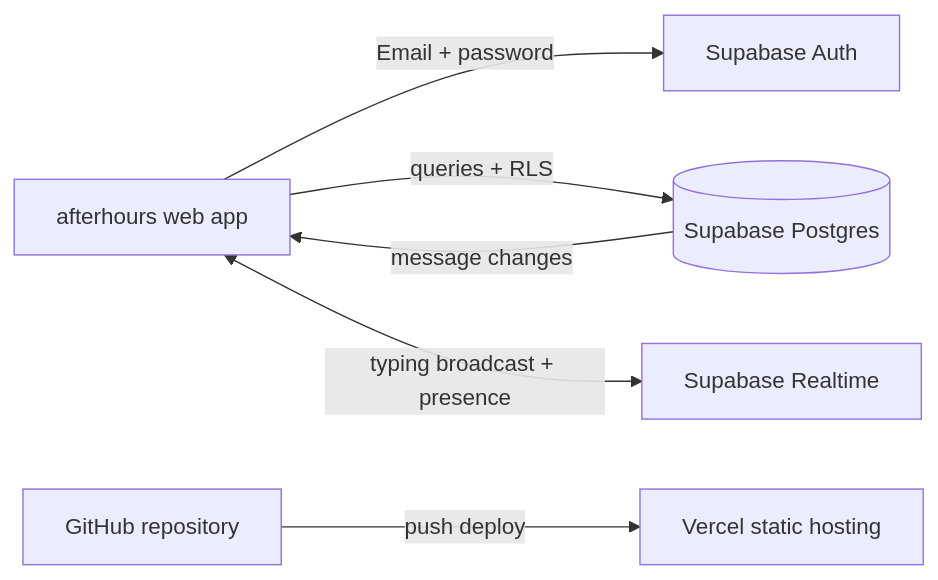
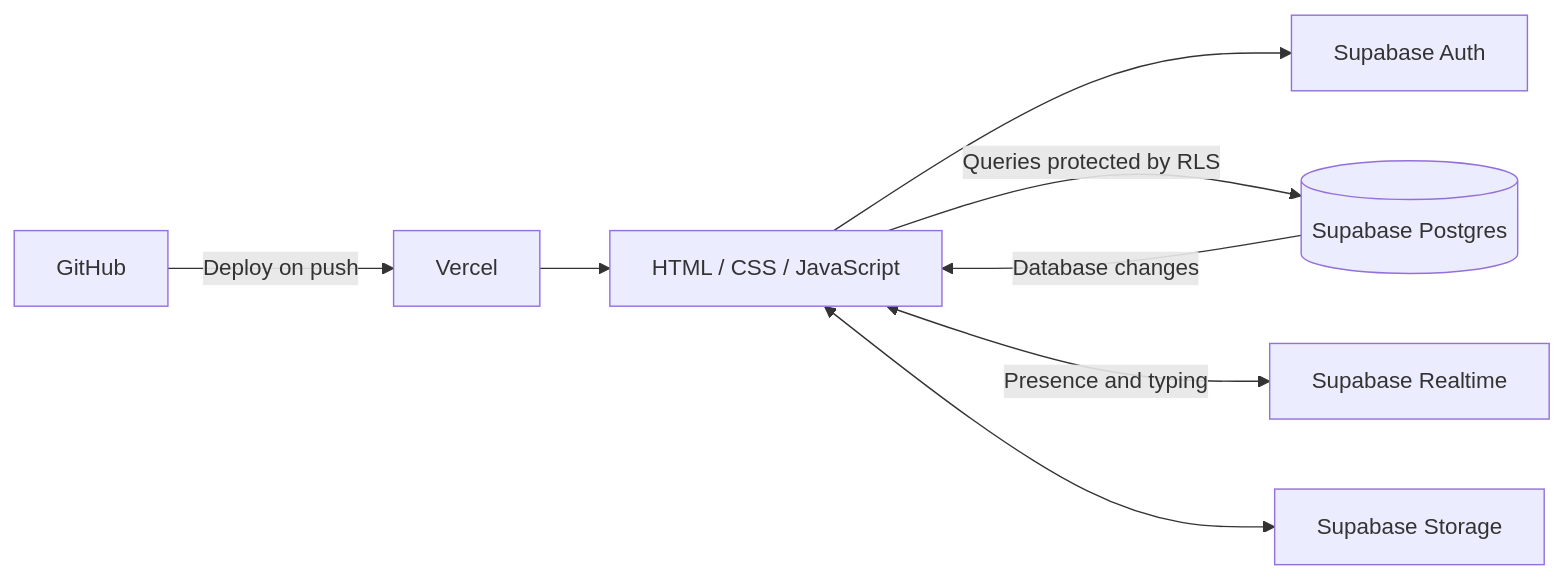
The diagram in README.md (Velikan743/afterhours), drawn with Mermaid before and after one commit. The commit also changed other lines of this file, not shown here.

Commit message:
Rewrite README for deployed Afterhours app

````diff
--- a/README.md
+++ b/README.md
@@ -7,8 +25,10 @@
 ```mermaid
 flowchart LR
-  Browser[afterhours web app] -->|Email + password| Auth[Supabase Auth]
-  Browser -->|queries + RLS| DB[(Supabase Postgres)]
-  DB -->|message changes| Browser
-  Browser <-->|typing broadcast + presence| Realtime[Supabase Realtime]
-  GitHub[GitHub repository] -->|push deploy| Vercel[Vercel static hosting]
+  Browser[HTML / CSS / JavaScript] --> Auth[Supabase Auth]
+  Browser -->|Queries protected by RLS| DB[(Supabase Postgres)]
+  DB -->|Database changes| Browser
+  Browser <-->|Presence and typing| RT[Supabase Realtime]
+  Browser <--> Storage[Supabase Storage]
+  GitHub[GitHub] -->|Deploy on push| Vercel[Vercel]
+  Vercel --> Browser
 ```
````
